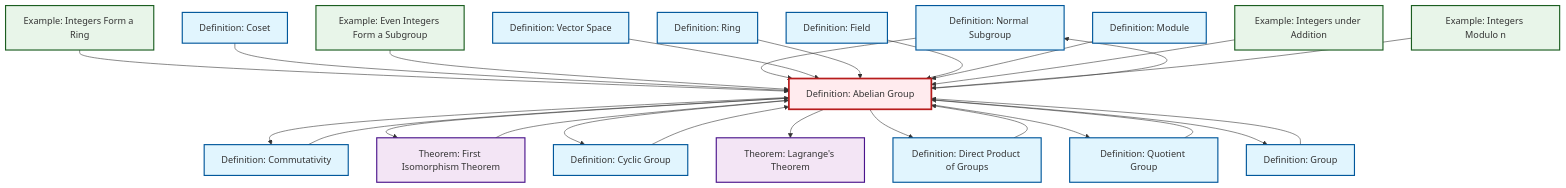
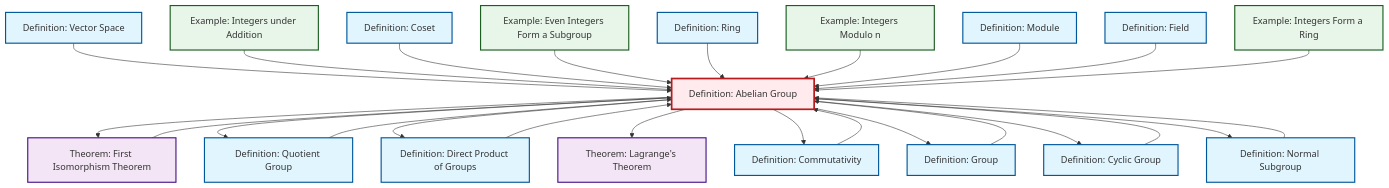
One commit to RK0429/ModernMath changed the diagram in content/en/algebra/def-abelian-group.qmd. Above: the diagram before and after it, drawn with Mermaid. The commit also changed other lines of this file and 531 other files, not shown here.

````diff
--- a/content/en/algebra/def-abelian-group.qmd
+++ b/content/en/algebra/def-abelian-group.qmd
@@ -102,69 +102,69 @@
 ```{mermaid}
 %%| fig-cap: "Local dependency graph"
 graph TD
     classDef definition fill:#e1f5fe,stroke:#01579b,stroke-width:2px
     classDef theorem fill:#f3e5f5,stroke:#4a148c,stroke-width:2px
     classDef axiom fill:#fff3e0,stroke:#e65100,stroke-width:2px
     classDef example fill:#e8f5e9,stroke:#1b5e20,stroke-width:2px
     classDef current fill:#ffebee,stroke:#b71c1c,stroke-width:3px
-    def-normal-subgroup["Definition: Normal Subgroup"]:::definition
+    def-abelian-group["Definition: Abelian Group"]:::definition
+    def-cyclic-group["Definition: Cyclic Group"]:::definition
+    def-quotient-group["Definition: Quotient Group"]:::definition
+    def-field["Definition: Field"]:::definition
+    def-coset["Definition: Coset"]:::definition
     thm-first-isomorphism["Theorem: First Isomorphism Theorem"]:::theorem
-    def-field["Definition: Field"]:::definition
-    def-module["Definition: Module"]:::definition
-    ex-quotient-integers-mod-n["Example: Integers Modulo n"]:::example
-    thm-lagrange["Theorem: Lagrange's Theorem"]:::theorem
-    def-coset["Definition: Coset"]:::definition
-    def-vector-space["Definition: Vector Space"]:::definition
-    def-quotient-group["Definition: Quotient Group"]:::definition
-    ex-integers-addition["Example: Integers under Addition"]:::example
-    def-cyclic-group["Definition: Cyclic Group"]:::definition
-    ex-even-integers-subgroup["Example: Even Integers Form a Subgroup"]:::example
     def-ring["Definition: Ring"]:::definition
     def-group["Definition: Group"]:::definition
+    def-normal-subgroup["Definition: Normal Subgroup"]:::definition
+    ex-integers-ring["Example: Integers Form a Ring"]:::example
+    thm-lagrange["Theorem: Lagrange's Theorem"]:::theorem
+    def-module["Definition: Module"]:::definition
+    ex-even-integers-subgroup["Example: Even Integers Form a Subgroup"]:::example
     def-commutativity["Definition: Commutativity"]:::definition
-    def-abelian-group["Definition: Abelian Group"]:::definition
-    ex-integers-ring["Example: Integers Form a Ring"]:::example
+    ex-integers-addition["Example: Integers under Addition"]:::example
+    ex-quotient-integers-mod-n["Example: Integers Modulo n"]:::example
     def-direct-product["Definition: Direct Product of Groups"]:::definition
+    def-vector-space["Definition: Vector Space"]:::definition
+    def-normal-subgroup --> def-abelian-group
+    def-abelian-group --> thm-first-isomorphism
+    thm-first-isomorphism --> def-abelian-group
+    def-abelian-group --> def-quotient-group
+    def-abelian-group --> def-direct-product
+    def-vector-space --> def-abelian-group
+    ex-integers-addition --> def-abelian-group
+    def-group --> def-abelian-group
+    def-coset --> def-abelian-group
+    def-direct-product --> def-abelian-group
+    def-cyclic-group --> def-abelian-group
+    ex-even-integers-subgroup --> def-abelian-group
+    def-ring --> def-abelian-group
+    def-abelian-group --> thm-lagrange
+    ex-quotient-integers-mod-n --> def-abelian-group
+    def-module --> def-abelian-group
     def-abelian-group --> def-commutativity
-    def-abelian-group --> thm-first-isomorphism
-    def-direct-product --> def-abelian-group
-    ex-integers-ring --> def-abelian-group
-    def-coset --> def-abelian-group
-    def-abelian-group --> def-normal-subgroup
-    ex-even-integers-subgroup --> def-abelian-group
-    def-normal-subgroup --> def-abelian-group
-    def-abelian-group --> def-cyclic-group
-    def-abelian-group --> thm-lagrange
-    thm-first-isomorphism --> def-abelian-group
-    def-group --> def-abelian-group
-    def-vector-space --> def-abelian-group
-    def-abelian-group --> def-direct-product
-    def-ring --> def-abelian-group
     def-field --> def-abelian-group
-    def-cyclic-group --> def-abelian-group
-    def-abelian-group --> def-quotient-group
     def-abelian-group --> def-group
-    def-module --> def-abelian-group
     def-quotient-group --> def-abelian-group
     def-commutativity --> def-abelian-group
-    ex-integers-addition --> def-abelian-group
-    ex-quotient-integers-mod-n --> def-abelian-group
+    ex-integers-ring --> def-abelian-group
+    def-abelian-group --> def-cyclic-group
+    def-abelian-group --> def-normal-subgroup
     class def-abelian-group current
-    click def-normal-subgroup "def-normal-subgroup.html" "Go to Normal Subgroup definition"
+    click def-cyclic-group "def-cyclic-group.html" "Go to Cyclic Group definition"
+    click def-quotient-group "def-quotient-group.html" "Go to Quotient Group definition"
+    click def-field "def-field.html" "Go to Field definition"
+    click def-coset "def-coset.html" "Go to Coset definition"
     click thm-first-isomorphism "thm-first-isomorphism.html" "Go to First Isomorphism Theorem theorem"
-    click def-field "def-field.html" "Go to Field definition"
-    click def-module "def-module.html" "Go to Module definition"
-    click ex-quotient-integers-mod-n "ex-quotient-integers-mod-n.html" "Go to Integers Modulo n example"
-    click thm-lagrange "thm-lagrange.html" "Go to Lagrange's Theorem theorem"
-    click def-coset "def-coset.html" "Go to Coset definition"
-    click def-vector-space "def-vector-space.html" "Go to Vector Space definition"
-    click def-quotient-group "def-quotient-group.html" "Go to Quotient Group definition"
-    click ex-integers-addition "ex-integers-addition.html" "Go to Integers under Addition example"
-    click def-cyclic-group "def-cyclic-group.html" "Go to Cyclic Group definition"
-    click ex-even-integers-subgroup "ex-even-integers-subgroup.html" "Go to Even Integers Form a Subgroup example"
     click def-ring "def-ring.html" "Go to Ring definition"
     click def-group "def-group.html" "Go to Group definition"
+    click def-normal-subgroup "def-normal-subgroup.html" "Go to Normal Subgroup definition"
+    click ex-integers-ring "ex-integers-ring.html" "Go to Integers Form a Ring example"
+    click thm-lagrange "thm-lagrange.html" "Go to Lagrange's Theorem theorem"
+    click def-module "def-module.html" "Go to Module definition"
+    click ex-even-integers-subgroup "ex-even-integers-subgroup.html" "Go to Even Integers Form a Subgroup example"
     click def-commutativity "def-commutativity.html" "Go to Commutativity definition"
-    click ex-integers-ring "ex-integers-ring.html" "Go to Integers Form a Ring example"
+    click ex-integers-addition "ex-integers-addition.html" "Go to Integers under Addition example"
+    click ex-quotient-integers-mod-n "ex-quotient-integers-mod-n.html" "Go to Integers Modulo n example"
     click def-direct-product "def-direct-product.html" "Go to Direct Product of Groups definition"
+    click def-vector-space "def-vector-space.html" "Go to Vector Space definition"
 ```
````
